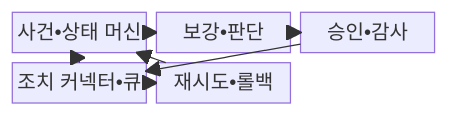
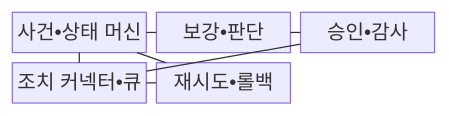
One commit to agnusdei1207/knowledge-base changed the first of 2 diagrams in src/content/docs/notes/05-security/036_soar.md. Above: the diagram before and after it, drawn with Mermaid. The commit also changed other lines of this file and 493 other files, not shown here.

````diff
--- a/src/content/docs/notes/05-security/036_soar.md
+++ b/src/content/docs/notes/05-security/036_soar.md
@@ -65,15 +65,15 @@
 ```mermaid
-block
+block-beta
   columns 3
   A["사건•상태 머신"]
   B["보강•판단"]
   C["승인•감사"]
   D["조치 커넥터•큐"]
   E["재시도•롤백"]
-    A --> B
-    B --> C
-    C --> D
-    D --> A
-    E --> D
-    E --> A
+    A --- B
+    B --- C
+    C --- D
+    D --- A
+    E --- D
+    E --- A
 ```
````
